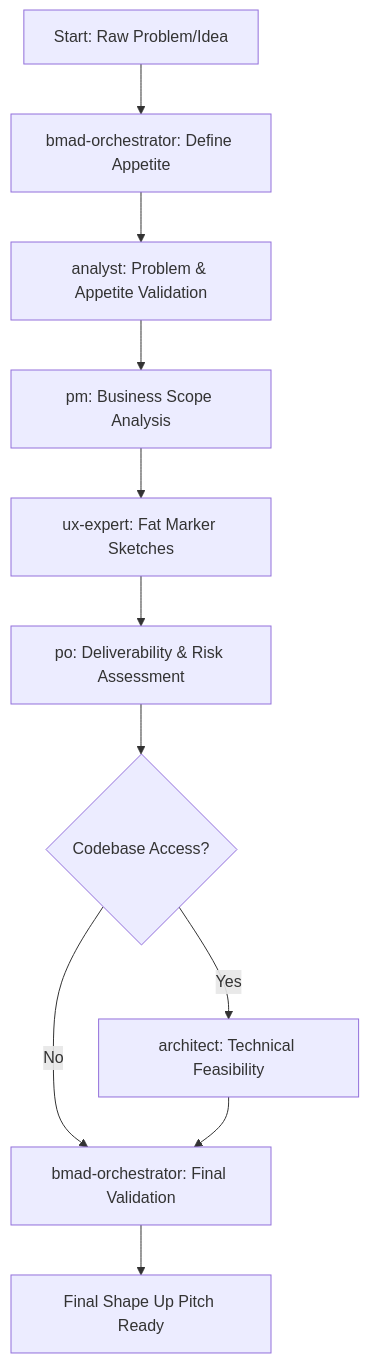
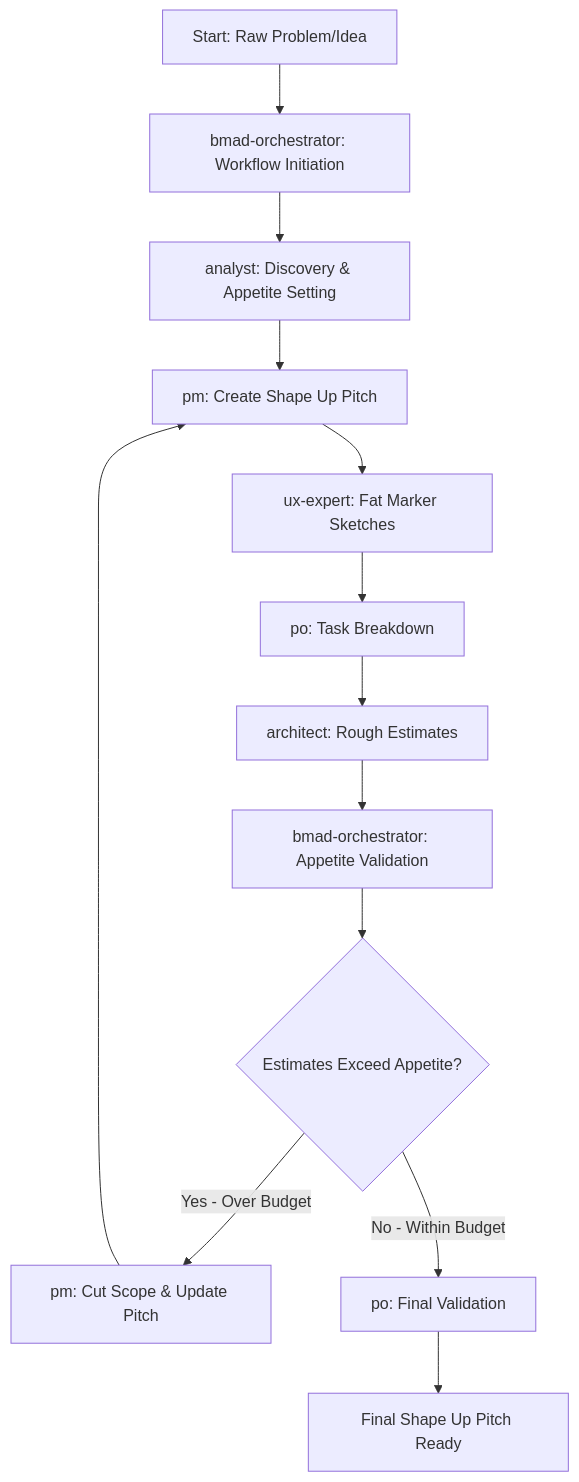
One commit to tutku8/bmad-method-shapeup changed the diagram in README.md. Above: the diagram before and after it, drawn with Mermaid. The commit also changed other lines of this file and 9 other files, not shown here.

````diff
--- a/README.md
+++ b/README.md
@@ -29,13 +33,15 @@
 ```mermaid
 graph TD
-    A[Start: Raw Problem/Idea] --> B[bmad-orchestrator: Define Appetite]
-    B --> C[analyst: Problem & Appetite Validation]
-    C --> D[pm: Business Scope Analysis]
+    A[Start: Raw Problem/Idea] --> B[bmad-orchestrator: Workflow Initiation]
+    B --> C[analyst: Discovery & Appetite Setting]
+    C --> D[pm: Create Shape Up Pitch]
     D --> E[ux-expert: Fat Marker Sketches]
-    E --> F[po: Deliverability & Risk Assessment]
-    F --> G{Codebase Access?}
-    G -->|Yes| H[architect: Technical Feasibility]
-    G -->|No| I[bmad-orchestrator: Final Validation]
-    H --> I
-    I --> J[Final Shape Up Pitch Ready]
+    E --> F[po: Task Breakdown]
+    F --> G[architect: Rough Estimates]
+    G --> H[bmad-orchestrator: Appetite Validation]
+    H --> I{Estimates Exceed Appetite?}
+    I -->|Yes - Over Budget| J[pm: Cut Scope & Update Pitch]
+    I -->|No - Within Budget| K[po: Final Validation]
+    J --> D
+    K --> L[Final Shape Up Pitch Ready]
 ```
````
